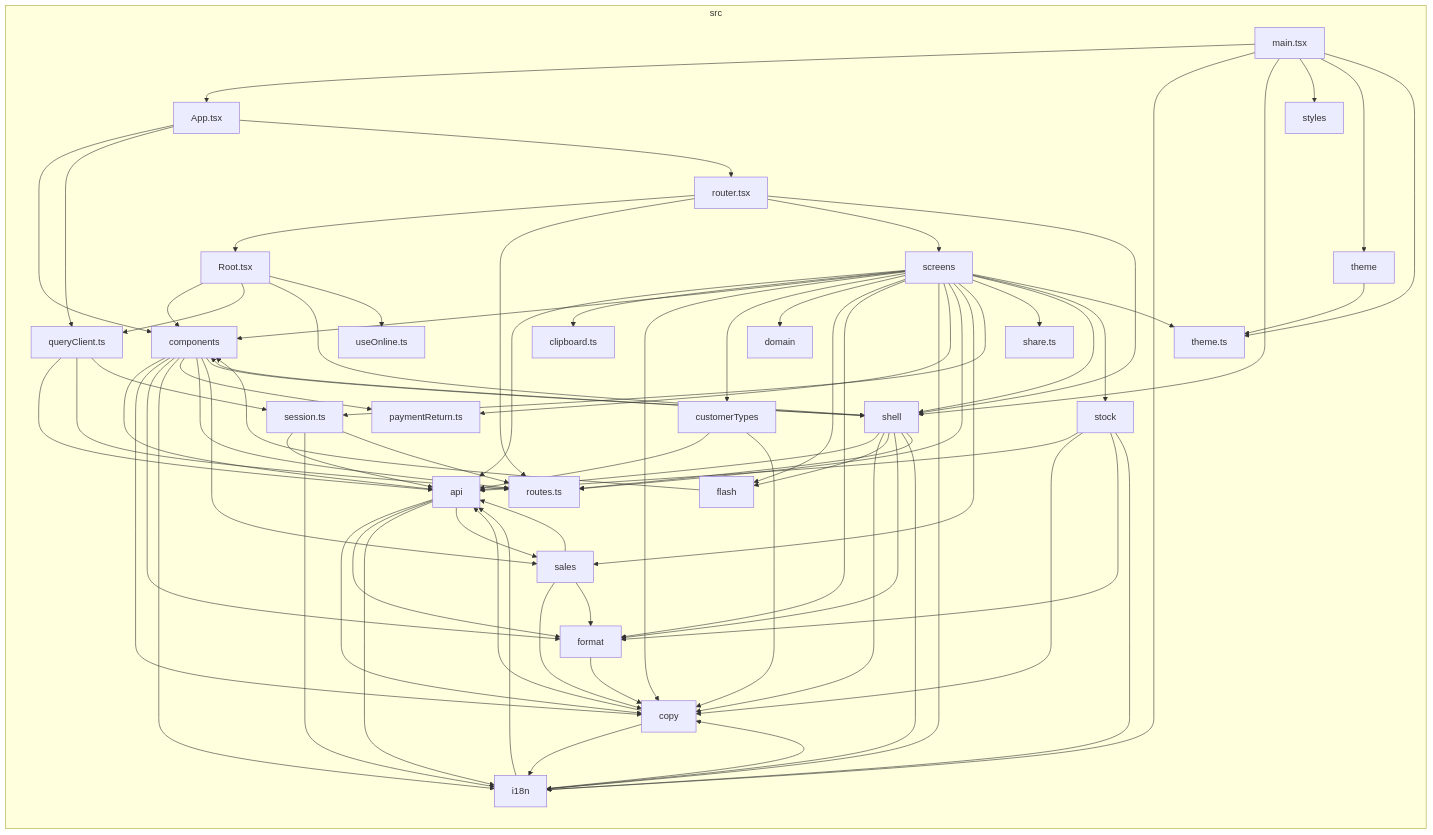
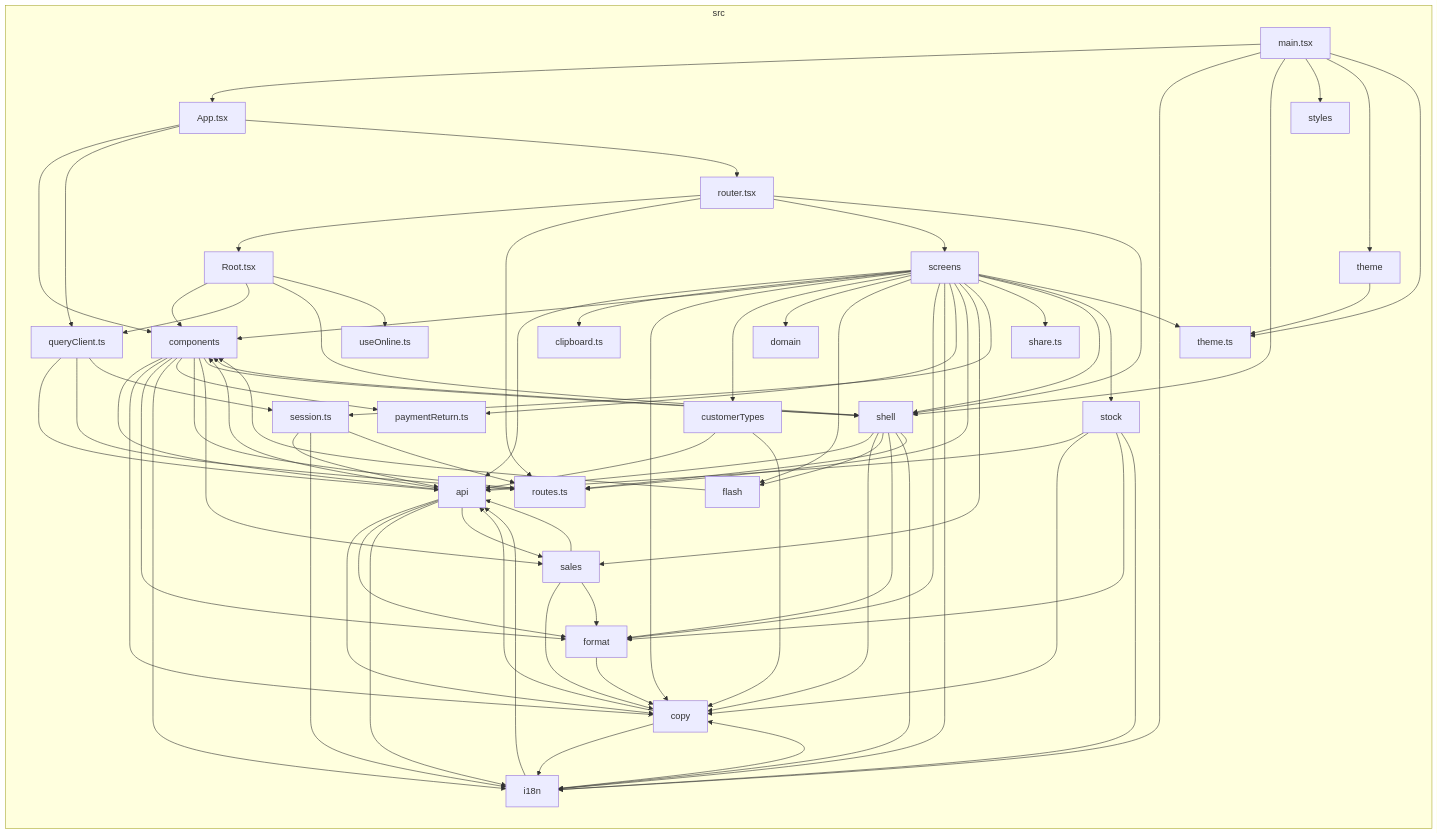
The diagram in docs/architecture/generated/front-modules/overview.md (GonzaloZevallos/apostrophe), drawn with Mermaid before and after one commit. The commit also changed 2 other files, not shown here.

Commit message:
Regenerate the front module docs for the Payment methods screens

```diff
--- a/docs/architecture/generated/front-modules/overview.md
+++ b/docs/architecture/generated/front-modules/overview.md
@@ -41,6 +41,7 @@
 src_Root_tsx-->src_queryClient_ts
 src_Root_tsx-->src_shell
 src_Root_tsx-->src_useOnline_ts
+src_api-->src_components
 src_api-->src_copy
 src_api-->src_format
 src_api-->src_i18n
```
